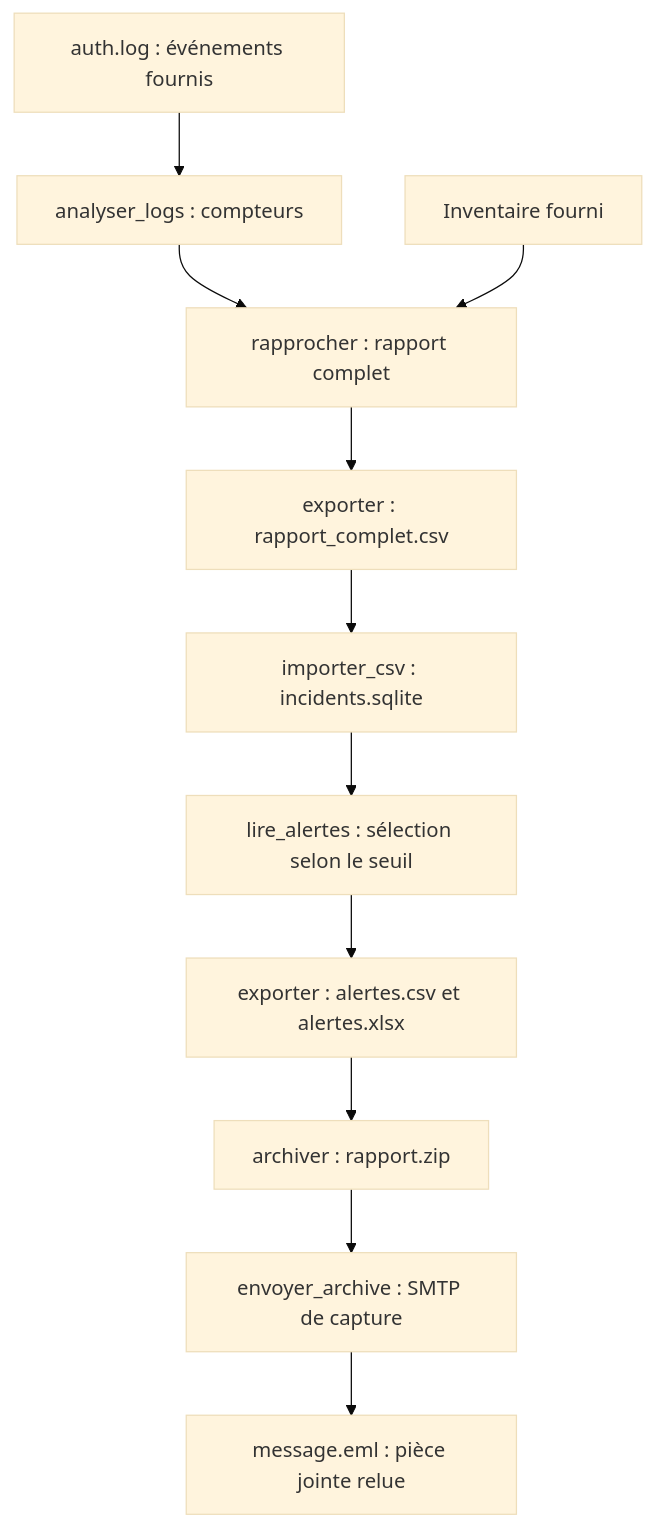
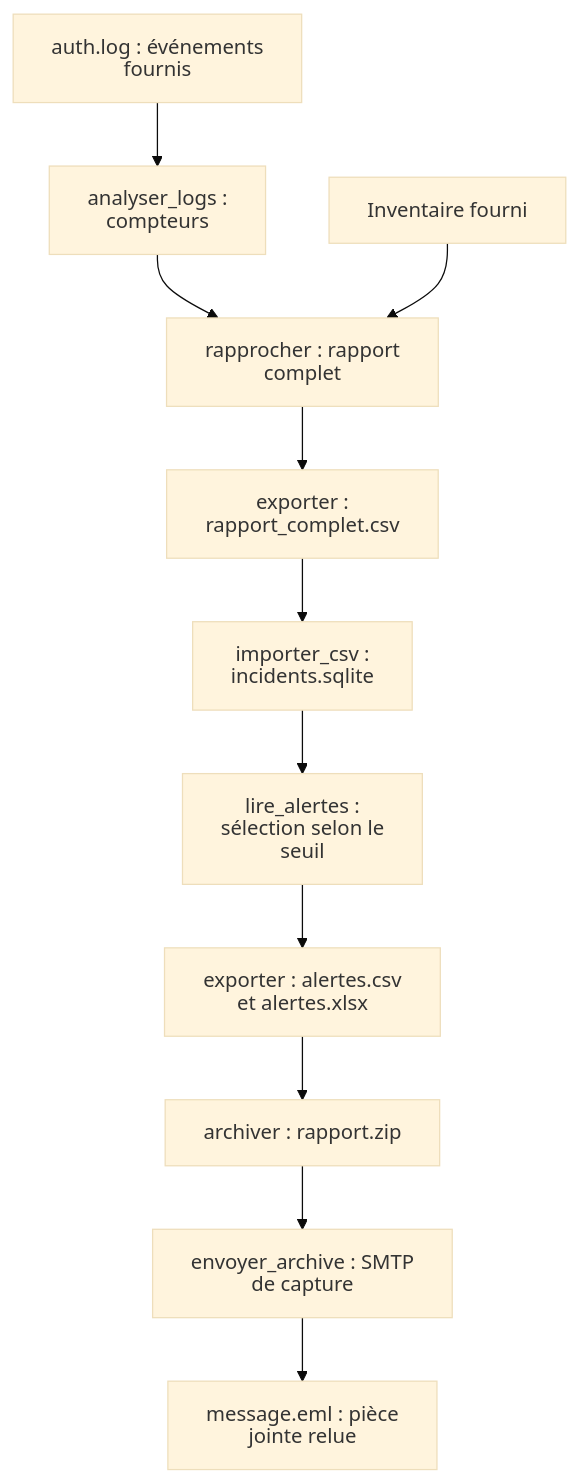
The diagram in docs/fil-donnee.md (lapeyrade/formation-python), drawn with Mermaid (base theme) before and after one commit. The commit also changed 17 other files, not shown here.

````diff
--- a/docs/fil-donnee.md
+++ b/docs/fil-donnee.md
@@ -17,15 +17,16 @@
 ```mermaid
+%%{init: {"htmlLabels": false, "flowchart": {"htmlLabels": false}}}%%
 flowchart TD
   accTitle: Du journal fourni à la pièce jointe relue
   accDescr: Les événements du journal sont comptés puis rapprochés de l’inventaire. Le rapport complet est conservé dans SQLite. Une sélection d’alertes est exportée puis archivée, transmise au SMTP local et comparée à la pièce jointe du message capturé.
-  L["auth.log : événements fournis"] --> C["analyser_logs : compteurs"]
-  C --> R["rapprocher : rapport complet"]
+  L["auth.log : événements<br/>fournis"] --> C["analyser_logs :<br/>compteurs"]
+  C --> R["rapprocher : rapport<br/>complet"]
   I["Inventaire fourni"] --> R
-  R --> F["exporter : rapport_complet.csv"]
-  F --> B["importer_csv : incidents.sqlite"]
-  B --> A["lire_alertes : sélection selon le seuil"]
-  A --> E["exporter : alertes.csv et alertes.xlsx"]
+  R --> F["exporter :<br/>rapport_complet.csv"]
+  F --> B["importer_csv :<br/>incidents.sqlite"]
+  B --> A["lire_alertes :<br/>sélection selon le<br/>seuil"]
+  A --> E["exporter : alertes.csv<br/>et alertes.xlsx"]
   E --> Z["archiver : rapport.zip"]
-  Z --> S["envoyer_archive : SMTP de capture"]
-  S --> M["message.eml : pièce jointe relue"]
+  Z --> S["envoyer_archive : SMTP<br/>de capture"]
+  S --> M["message.eml : pièce<br/>jointe relue"]
 ```
````
